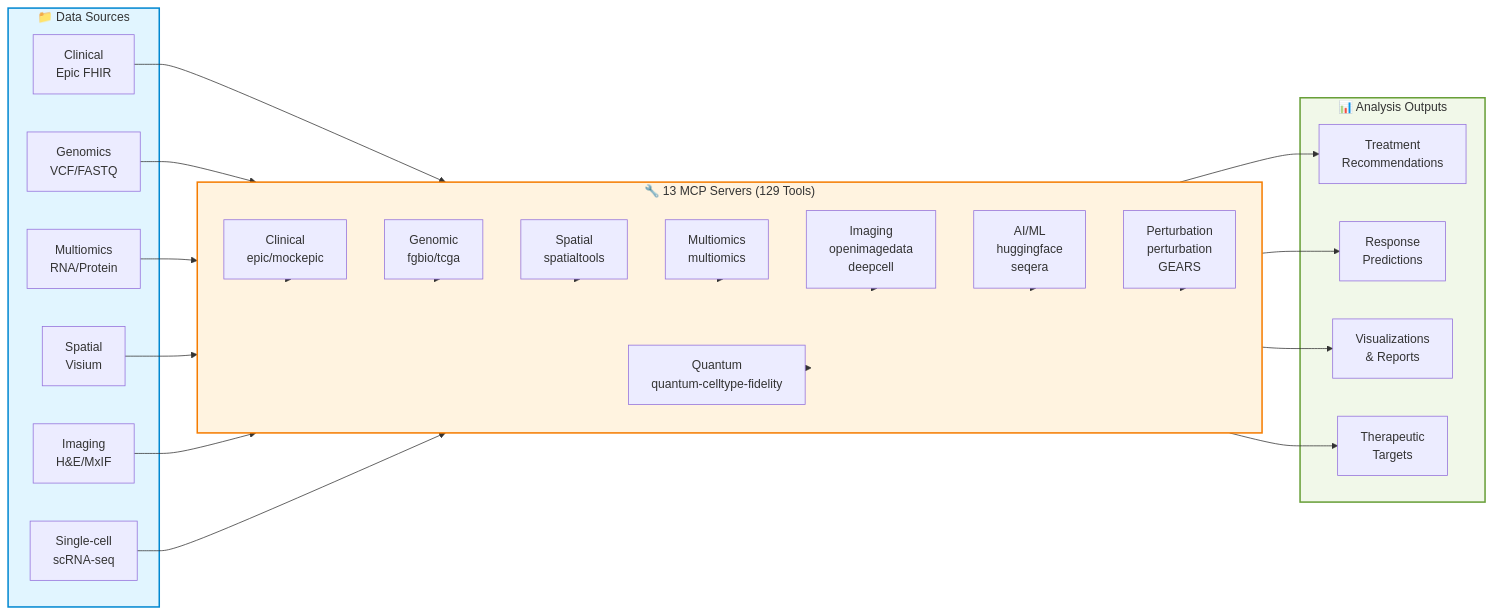
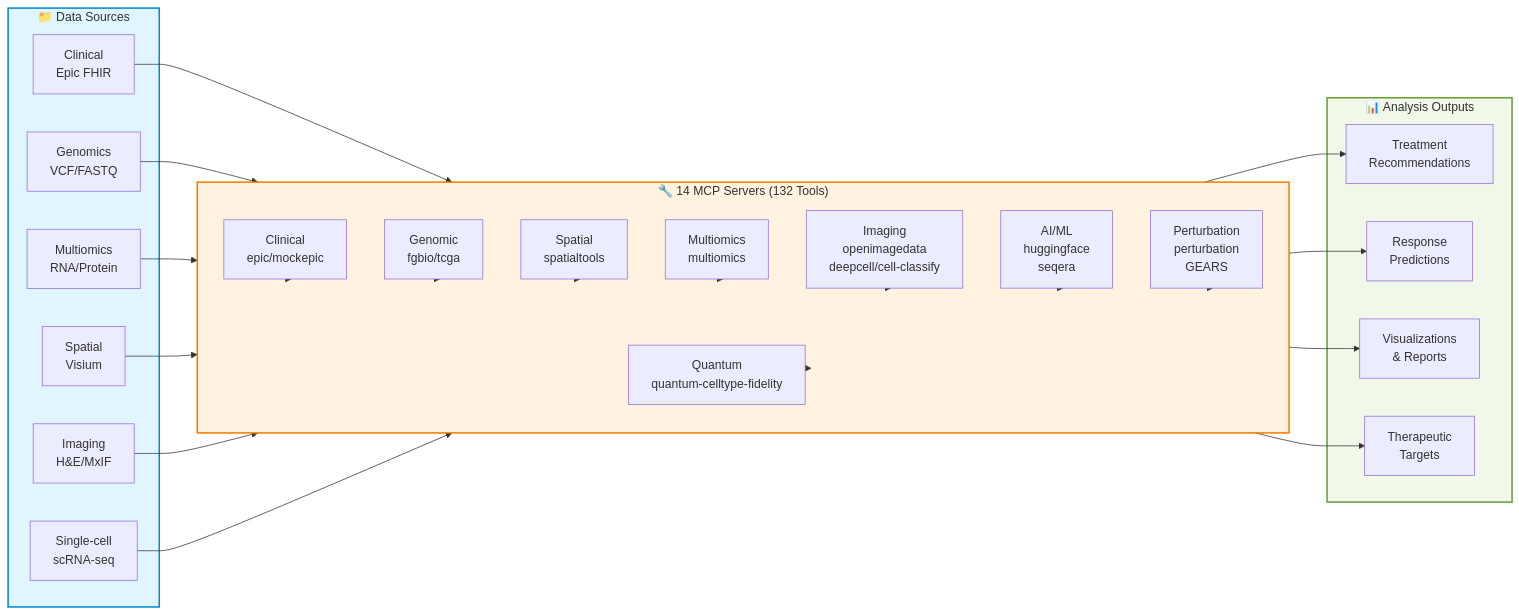
The first of 2 diagrams in docs/reference/architecture/README.md (raymond301/precision-medicine-mcp), drawn with Mermaid before and after one commit. The commit also changed other lines of this file and 12 other files, not shown here.

First line of the commit message:
Update docs, clients, and configs for mcp-deepcell/cell-classify split

````diff
--- a/docs/reference/architecture/README.md
+++ b/docs/reference/architecture/README.md
@@ -9,55 +9,55 @@
 ```mermaid
 graph LR
     subgraph Input["📁 Data Sources"]
         EHR[Clinical<br/>Epic FHIR]
         SEQ[Genomics<br/>VCF/FASTQ]
         OMICS[Multiomics<br/>RNA/Protein]
         SPATIAL[Spatial<br/>Visium]
         IMG[Imaging<br/>H&E/MxIF]
         SCRNA[Single-cell<br/>scRNA-seq]
     end
 
-    subgraph MCP["🔧 13 MCP Servers (129 Tools)"]
+    subgraph MCP["🔧 14 MCP Servers (132 Tools)"]
         direction TB
         S1[Clinical<br/>epic/mockepic]
         S2[Genomic<br/>fgbio/tcga]
         S3[Spatial<br/>spatialtools]
         S4[Multiomics<br/>multiomics]
-        S5[Imaging<br/>openimagedata<br/>deepcell]
+        S5[Imaging<br/>openimagedata<br/>deepcell/cell-classify]
         S6[AI/ML<br/>huggingface<br/>seqera]
         S7[Perturbation<br/>perturbation<br/>GEARS]
         S8[Quantum<br/>quantum-celltype-fidelity]
     end
 
     subgraph Output["📊 Analysis Outputs"]
         TREAT[Treatment<br/>Recommendations]
         PREDICT[Response<br/>Predictions]
         VIZ[Visualizations<br/>& Reports]
         INSIGHTS[Therapeutic<br/>Targets]
     end
 
     EHR --> S1
     SEQ --> S2
     OMICS --> S4
     SPATIAL --> S3
     IMG --> S5
     SCRNA --> S7
 
     S1 --> MCP
     S2 --> MCP
     S3 --> MCP
     S4 --> MCP
     S5 --> MCP
     S6 --> MCP
     S7 --> MCP
     S8 --> MCP
 
     MCP --> TREAT
     MCP --> PREDICT
     MCP --> VIZ
     MCP --> INSIGHTS
 
     style Input fill:#e1f5ff,stroke:#0288d1,stroke-width:2px
     style MCP fill:#fff3e0,stroke:#f57c00,stroke-width:2px
     style Output fill:#f1f8e9,stroke:#689f38,stroke-width:2px
 ```
````
